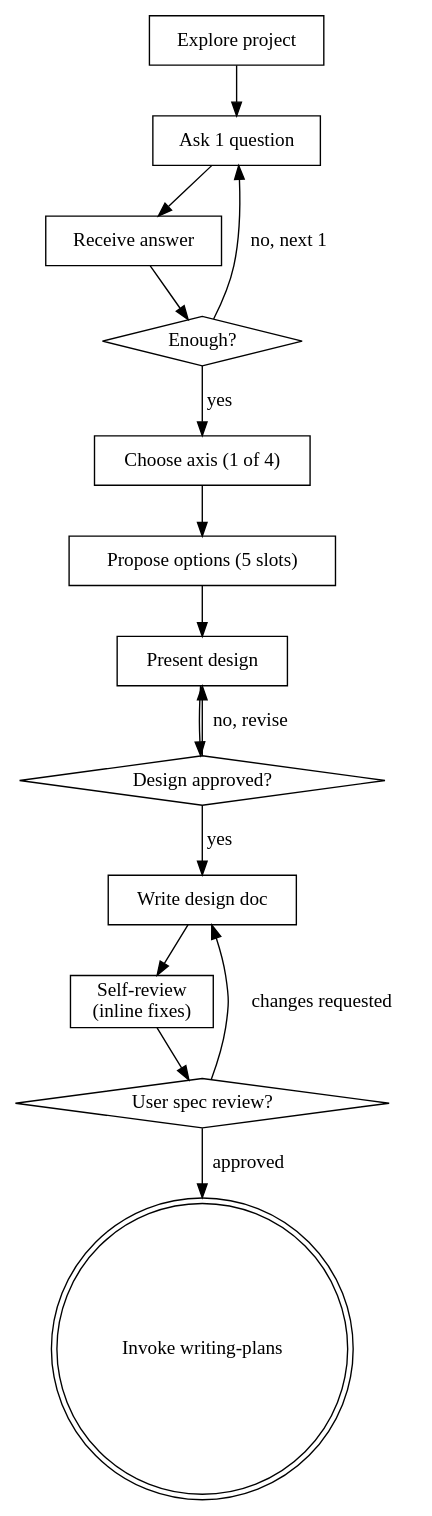
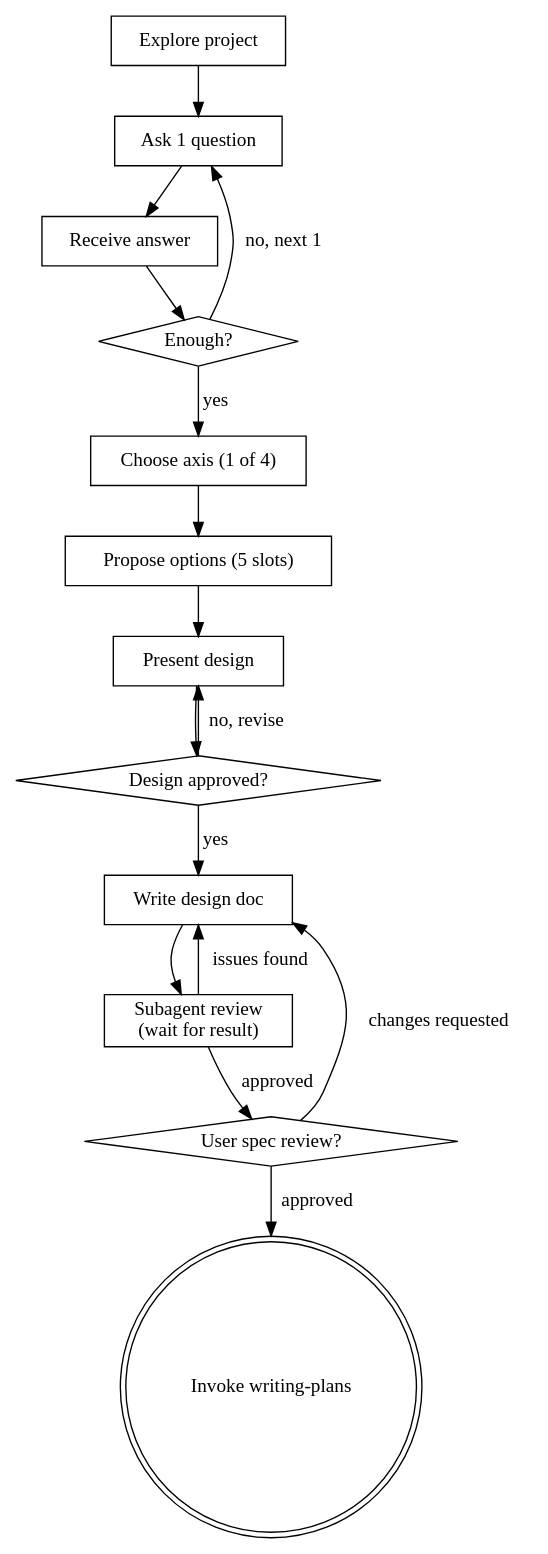
One commit to TGoddessana/deep-kiss changed the diagram in skills/flirt/SKILL.md. Above: the diagram before and after it, drawn with Graphviz. The commit also changed other lines of this file and 3 other files, not shown here.

````diff
--- a/skills/flirt/SKILL.md
+++ b/skills/flirt/SKILL.md
@@ -59,31 +59,32 @@
 ```dot
 digraph flirt {
     "Explore project" [shape=box];
     "Ask 1 question" [shape=box];
     "Receive answer" [shape=box];
     "Enough?" [shape=diamond];
     "Choose axis (1 of 4)" [shape=box];
     "Propose options (5 slots)" [shape=box];
     "Present design" [shape=box];
     "Design approved?" [shape=diamond];
     "Write design doc" [shape=box];
-    "Self-review\n(inline fixes)" [shape=box];
+    "Subagent review\n(wait for result)" [shape=box];
     "User spec review?" [shape=diamond];
     "Invoke writing-plans" [shape=doublecircle];
 
     "Explore project" -> "Ask 1 question";
     "Ask 1 question" -> "Receive answer";
     "Receive answer" -> "Enough?";
     "Enough?" -> "Ask 1 question" [label="no, next 1"];
     "Enough?" -> "Choose axis (1 of 4)" [label="yes"];
     "Choose axis (1 of 4)" -> "Propose options (5 slots)";
     "Propose options (5 slots)" -> "Present design";
     "Present design" -> "Design approved?";
     "Design approved?" -> "Present design" [label="no, revise"];
     "Design approved?" -> "Write design doc" [label="yes"];
-    "Write design doc" -> "Self-review\n(inline fixes)";
-    "Self-review\n(inline fixes)" -> "User spec review?";
+    "Write design doc" -> "Subagent review\n(wait for result)";
+    "Subagent review\n(wait for result)" -> "Write design doc" [label="issues found"];
+    "Subagent review\n(wait for result)" -> "User spec review?" [label="approved"];
     "User spec review?" -> "Write design doc" [label="changes requested"];
     "User spec review?" -> "Invoke writing-plans" [label="approved"];
 }
 ```
````
